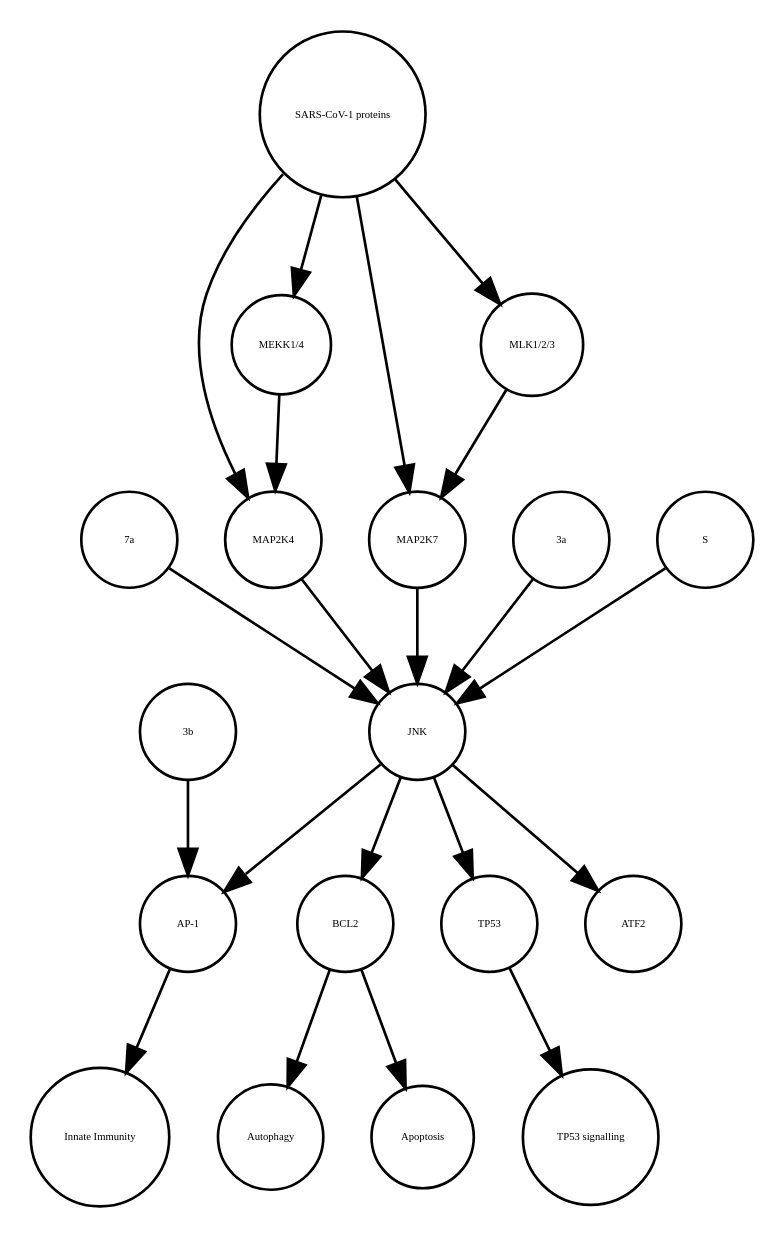
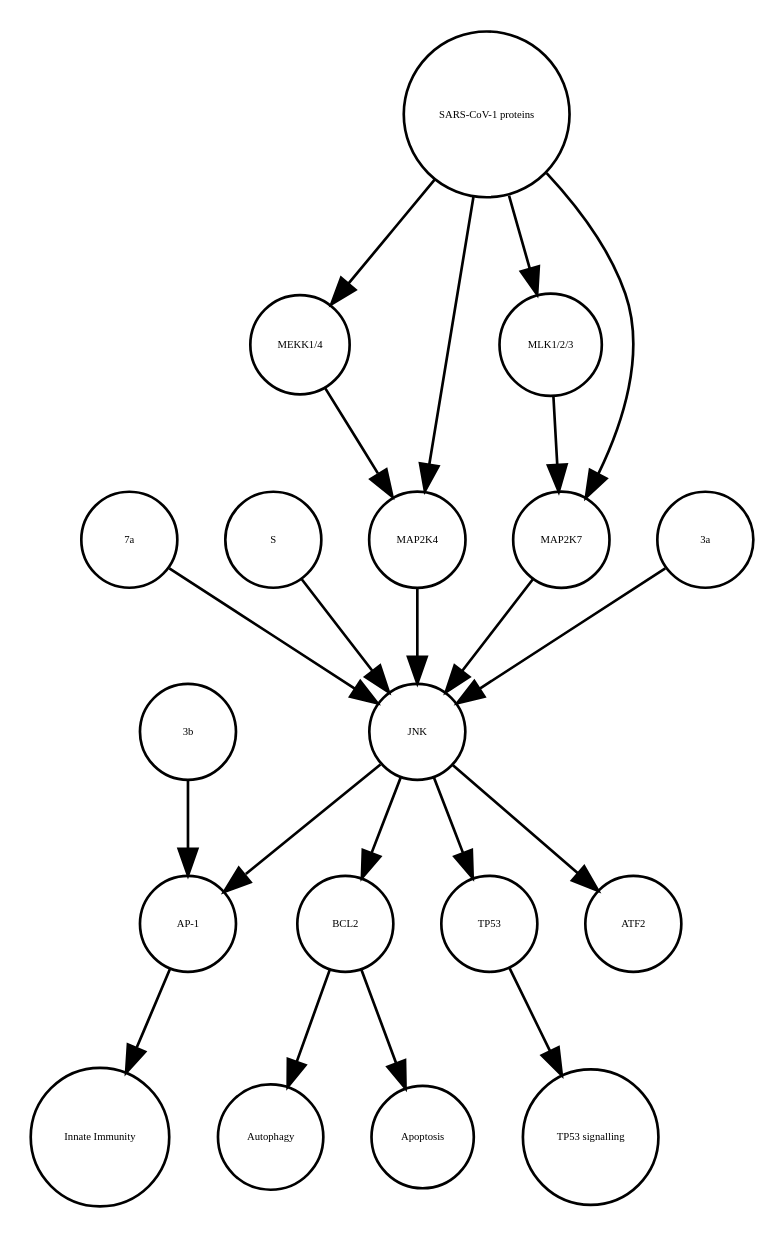
Before and after one commit to cannin/covid19-sbgn: the diagram in JNK_pathway_stable.xml_projected.dot, drawn with Graphviz. The commit also changed other lines of this file and 444 other files, not shown here.

```diff
--- a/JNK_pathway_stable.xml_projected.dot
+++ b/JNK_pathway_stable.xml_projected.dot
@@ -1,40 +1,40 @@
 strict digraph  {
 BCL2 [annotation=urn_miriam_ncbigene_596, bipartite=0, cls=macromolecule, fontsize=4, label=BCL2, shape=circle];
 Autophagy [annotation="urn_miriam_obo.go_GO%3A0006914", bipartite=0, cls=phenotype, fontsize=4, label=Autophagy, shape=circle];
 "AP-1" [annotation="", bipartite=0, cls=complex, fontsize=4, label="AP-1", shape=circle];
 "Innate Immunity" [annotation="urn_miriam_obo.go_GO%3A0045087", bipartite=0, cls=phenotype, fontsize=4, label="Innate Immunity", shape=circle];
 TP53 [annotation=urn_miriam_ncbigene_7157, bipartite=0, cls=macromolecule, fontsize=4, label=TP53, shape=circle];
 "TP53 signalling" [annotation="urn_miriam_obo.go_GO%3A0072331", bipartite=0, cls=phenotype, fontsize=4, label="TP53 signalling", shape=circle];
 Apoptosis [annotation="urn_miriam_obo.go_GO%3A0006915", bipartite=0, cls=phenotype, fontsize=4, label=Apoptosis, shape=circle];
+"7a" [annotation="", bipartite=0, cls=macromolecule, fontsize=4, label="7a", shape=circle];
+"MEKK1/4" [annotation="", bipartite=0, cls=complex, fontsize=4, label="MEKK1/4", shape=circle];
 "SARS-CoV-1 proteins" [annotation="", bipartite=0, cls=complex, fontsize=4, label="SARS-CoV-1 proteins", shape=circle];
 "3b" [annotation="", bipartite=0, cls=macromolecule, fontsize=4, label="3b", shape=circle];
-"7a" [annotation="", bipartite=0, cls=macromolecule, fontsize=4, label="7a", shape=circle];
-MAP2K4 [annotation=urn_miriam_ncbigene_6416, bipartite=0, cls=macromolecule, fontsize=4, label=MAP2K4, shape=circle];
+S [annotation="", bipartite=0, cls=macromolecule, fontsize=4, label=S, shape=circle];
+"MLK1/2/3" [annotation="", bipartite=0, cls=complex, fontsize=4, label="MLK1/2/3", shape=circle];
+JNK [annotation="", bipartite=0, cls=complex, fontsize=4, label=JNK, shape=circle];
+ATF2 [annotation=urn_miriam_ncbigene_1386, bipartite=0, cls=macromolecule, fontsize=4, label=ATF2, shape=circle];
 MAP2K7 [annotation=urn_miriam_ncbigene_5609, bipartite=0, cls=macromolecule, fontsize=4, label=MAP2K7, shape=circle];
 "3a" [annotation="", bipartite=0, cls=macromolecule, fontsize=4, label="3a", shape=circle];
-"MLK1/2/3" [annotation="", bipartite=0, cls=complex, fontsize=4, label="MLK1/2/3", shape=circle];
-"MEKK1/4" [annotation="", bipartite=0, cls=complex, fontsize=4, label="MEKK1/4", shape=circle];
-ATF2 [annotation=urn_miriam_ncbigene_1386, bipartite=0, cls=macromolecule, fontsize=4, label=ATF2, shape=circle];
-S [annotation="", bipartite=0, cls=macromolecule, fontsize=4, label=S, shape=circle];
-JNK [annotation="", bipartite=0, cls=complex, fontsize=4, label=JNK, shape=circle];
+MAP2K4 [annotation=urn_miriam_ncbigene_6416, bipartite=0, cls=macromolecule, fontsize=4, label=MAP2K4, shape=circle];
 BCL2 -> Autophagy  [annotation="", interaction_type="necessary stimulation"];
 BCL2 -> Apoptosis  [annotation="", interaction_type=inhibition];
 "AP-1" -> "Innate Immunity"  [annotation="", interaction_type="necessary stimulation"];
 TP53 -> "TP53 signalling"  [annotation="", interaction_type="necessary stimulation"];
+"7a" -> JNK  [annotation="urn_miriam_pubmed_17141229|urn_miriam_taxonomy_694009|urn_miriam_taxonomy_392815", interaction_type=stimulation];
+"MEKK1/4" -> MAP2K4  [annotation="urn_miriam_pubmed_31226023|urn_miriam_taxonomy_694009|urn_miriam_taxonomy_392815", interaction_type=stimulation];
+"SARS-CoV-1 proteins" -> MAP2K7  [annotation="urn_miriam_pubmed_31226023|urn_miriam_taxonomy_694009|urn_miriam_taxonomy_392815", interaction_type=stimulation];
 "SARS-CoV-1 proteins" -> "MLK1/2/3"  [annotation="urn_miriam_taxonomy_694009|urn_miriam_pubmed_31226023|urn_miriam_taxonomy_392815", interaction_type=stimulation];
 "SARS-CoV-1 proteins" -> MAP2K4  [annotation="urn_miriam_pubmed_31226023|urn_miriam_taxonomy_694009|urn_miriam_taxonomy_392815", interaction_type=stimulation];
-"SARS-CoV-1 proteins" -> MAP2K7  [annotation="urn_miriam_pubmed_31226023|urn_miriam_taxonomy_694009|urn_miriam_taxonomy_392815", interaction_type=stimulation];
 "SARS-CoV-1 proteins" -> "MEKK1/4"  [annotation="urn_miriam_pubmed_31226023|urn_miriam_taxonomy_694009|urn_miriam_taxonomy_392815", interaction_type=stimulation];
 "3b" -> "AP-1"  [annotation="urn_miriam_pubmed_21561061|urn_miriam_taxonomy_694009", interaction_type=stimulation];
-"7a" -> JNK  [annotation="urn_miriam_pubmed_17141229|urn_miriam_taxonomy_694009|urn_miriam_taxonomy_392815", interaction_type=stimulation];
-MAP2K4 -> JNK  [annotation="urn_miriam_pubmed_17141229|urn_miriam_taxonomy_694009|urn_miriam_taxonomy_392815", interaction_type=stimulation];
+S -> JNK  [annotation="urn_miriam_pubmed_17267381|urn_miriam_taxonomy_694009|urn_miriam_taxonomy_392815", interaction_type=stimulation];
+"MLK1/2/3" -> MAP2K7  [annotation="urn_miriam_pubmed_31226023|urn_miriam_taxonomy_694009|urn_miriam_taxonomy_392815", interaction_type=stimulation];
+JNK -> TP53  [annotation=urn_miriam_pubmed_9724739, interaction_type=stimulation];
+JNK -> BCL2  [annotation=urn_miriam_pubmed_10567572, interaction_type=stimulation];
+JNK -> "AP-1"  [annotation="urn_miriam_pubmed_21561061|urn_miriam_taxonomy_694009", interaction_type=stimulation];
+JNK -> ATF2  [annotation=urn_miriam_pubmed_7824938, interaction_type=stimulation];
 MAP2K7 -> JNK  [annotation="urn_miriam_pubmed_17141229|urn_miriam_taxonomy_694009|urn_miriam_taxonomy_392815", interaction_type=stimulation];
 "3a" -> JNK  [annotation="urn_miriam_pubmed_17141229|urn_miriam_taxonomy_694009|urn_miriam_taxonomy_392815", interaction_type=stimulation];
-"MLK1/2/3" -> MAP2K7  [annotation="urn_miriam_pubmed_31226023|urn_miriam_taxonomy_694009|urn_miriam_taxonomy_392815", interaction_type=stimulation];
-"MEKK1/4" -> MAP2K4  [annotation="urn_miriam_pubmed_31226023|urn_miriam_taxonomy_694009|urn_miriam_taxonomy_392815", interaction_type=stimulation];
-S -> JNK  [annotation="urn_miriam_pubmed_17267381|urn_miriam_taxonomy_694009|urn_miriam_taxonomy_392815", interaction_type=stimulation];
-JNK -> TP53  [annotation=urn_miriam_pubmed_9724739, interaction_type=stimulation];
-JNK -> "AP-1"  [annotation="urn_miriam_pubmed_21561061|urn_miriam_taxonomy_694009", interaction_type=stimulation];
-JNK -> BCL2  [annotation=urn_miriam_pubmed_10567572, interaction_type=stimulation];
-JNK -> ATF2  [annotation=urn_miriam_pubmed_7824938, interaction_type=stimulation];
+MAP2K4 -> JNK  [annotation="urn_miriam_pubmed_17141229|urn_miriam_taxonomy_694009|urn_miriam_taxonomy_392815", interaction_type=stimulation];
 }
```
